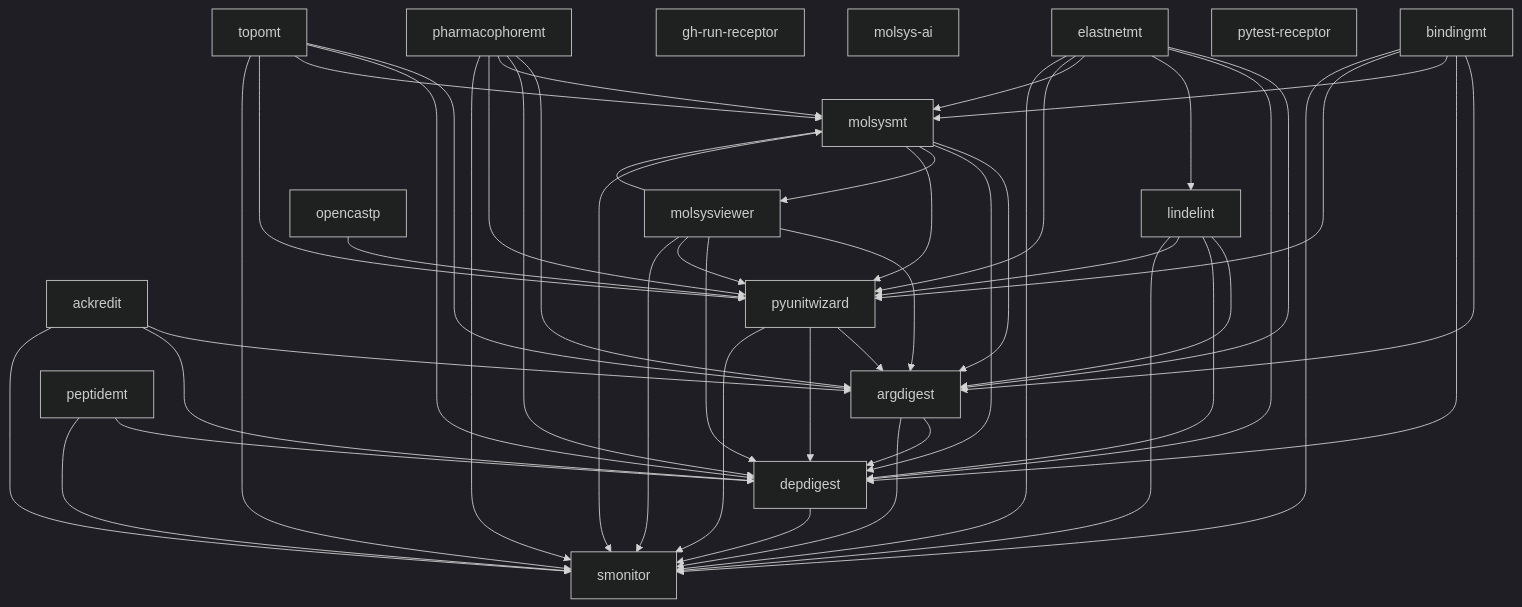
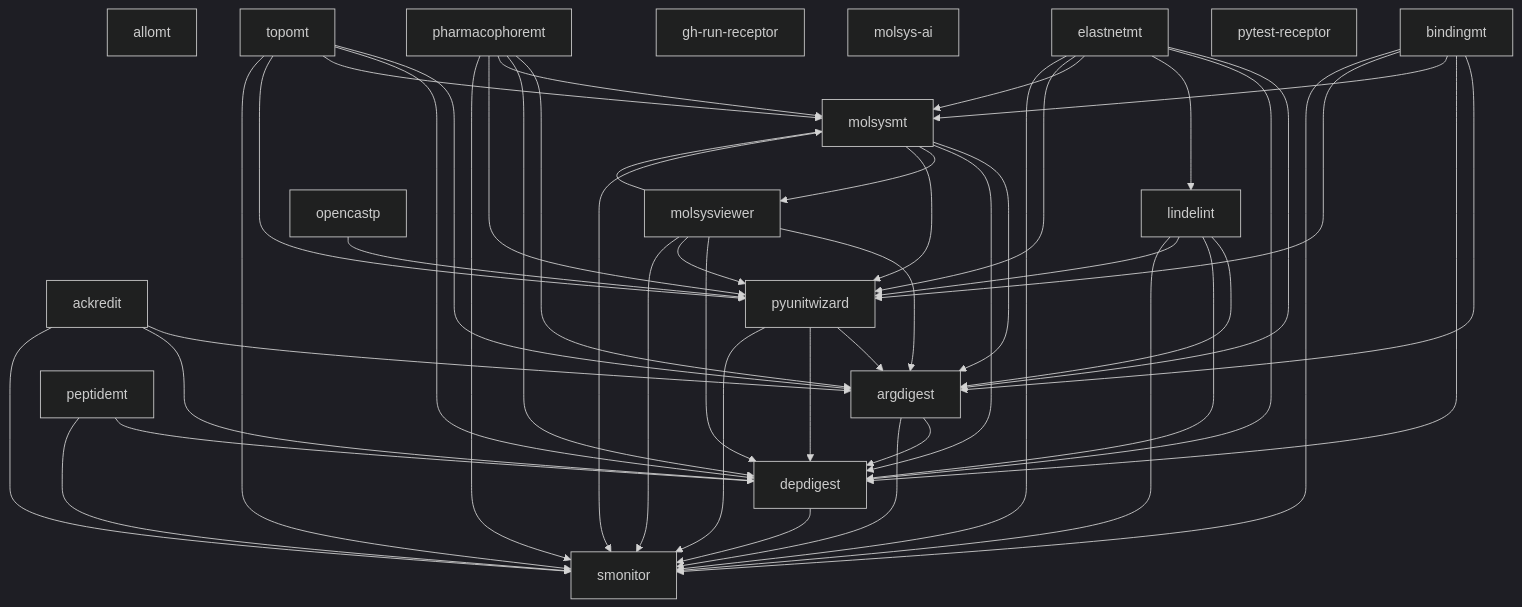
The diagram in devguide/component_dependencies.md (uibcdf/molsyssuite), drawn with Mermaid (dark theme) before and after one commit. The commit also changed other lines of this file and 13 other files, not shown here.

````diff
--- a/devguide/component_dependencies.md
+++ b/devguide/component_dependencies.md
@@ -11,67 +11,68 @@
 ```mermaid
 flowchart TD
   n0["ackredit"]
-  n1["argdigest"]
-  n2["bindingmt"]
-  n3["depdigest"]
-  n4["elastnetmt"]
-  n5["gh-run-receptor"]
-  n6["lindelint"]
-  n7["molsys-ai"]
-  n8["molsysmt"]
-  n9["molsysviewer"]
-  n10["opencastp"]
-  n11["peptidemt"]
-  n12["pharmacophoremt"]
-  n13["pytest-receptor"]
-  n14["pyunitwizard"]
-  n15["smonitor"]
-  n16["topomt"]
-  n0 --> n1
-  n0 --> n3
-  n0 --> n15
-  n1 --> n3
-  n1 --> n15
-  n2 --> n1
-  n2 --> n3
-  n2 --> n8
-  n2 --> n14
-  n2 --> n15
+  n1["allomt"]
+  n2["argdigest"]
+  n3["bindingmt"]
+  n4["depdigest"]
+  n5["elastnetmt"]
+  n6["gh-run-receptor"]
+  n7["lindelint"]
+  n8["molsys-ai"]
+  n9["molsysmt"]
+  n10["molsysviewer"]
+  n11["opencastp"]
+  n12["peptidemt"]
+  n13["pharmacophoremt"]
+  n14["pytest-receptor"]
+  n15["pyunitwizard"]
+  n16["smonitor"]
+  n17["topomt"]
+  n0 --> n2
+  n0 --> n4
+  n0 --> n16
+  n2 --> n4
+  n2 --> n16
+  n3 --> n2
+  n3 --> n4
+  n3 --> n9
   n3 --> n15
-  n4 --> n1
-  n4 --> n3
-  n4 --> n6
-  n4 --> n8
-  n4 --> n14
-  n4 --> n15
-  n6 --> n1
-  n6 --> n3
-  n6 --> n14
-  n6 --> n15
-  n8 --> n1
-  n8 --> n3
-  n8 --> n9
-  n8 --> n14
-  n8 --> n15
-  n9 --> n1
-  n9 --> n3
-  n9 --> n8
-  n9 --> n14
+  n3 --> n16
+  n4 --> n16
+  n5 --> n2
+  n5 --> n4
+  n5 --> n7
+  n5 --> n9
+  n5 --> n15
+  n5 --> n16
+  n7 --> n2
+  n7 --> n4
+  n7 --> n15
+  n7 --> n16
+  n9 --> n2
+  n9 --> n4
+  n9 --> n10
   n9 --> n15
-  n10 --> n14
-  n11 --> n3
+  n9 --> n16
+  n10 --> n2
+  n10 --> n4
+  n10 --> n9
+  n10 --> n15
+  n10 --> n16
   n11 --> n15
-  n12 --> n1
-  n12 --> n3
-  n12 --> n8
-  n12 --> n14
-  n12 --> n15
-  n14 --> n1
-  n14 --> n3
-  n14 --> n15
-  n16 --> n1
-  n16 --> n3
-  n16 --> n8
-  n16 --> n14
-  n16 --> n15
+  n12 --> n4
+  n12 --> n16
+  n13 --> n2
+  n13 --> n4
+  n13 --> n9
+  n13 --> n15
+  n13 --> n16
+  n15 --> n2
+  n15 --> n4
+  n15 --> n16
+  n17 --> n2
+  n17 --> n4
+  n17 --> n9
+  n17 --> n15
+  n17 --> n16
 ```
````
